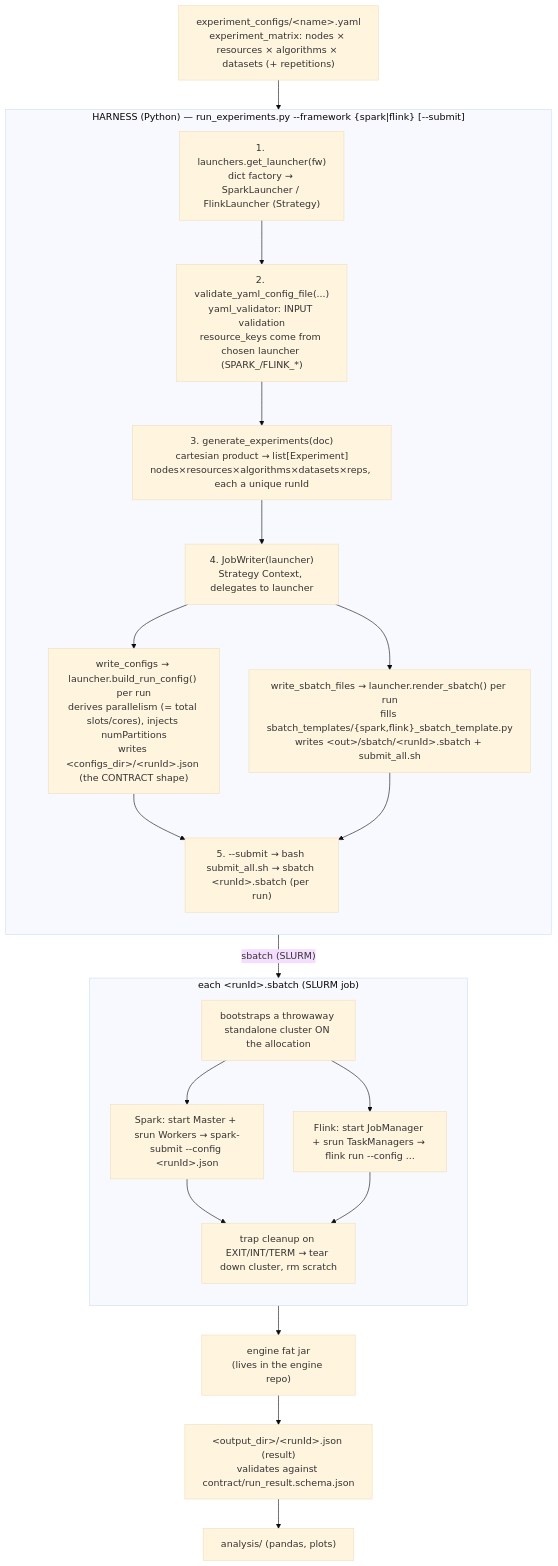
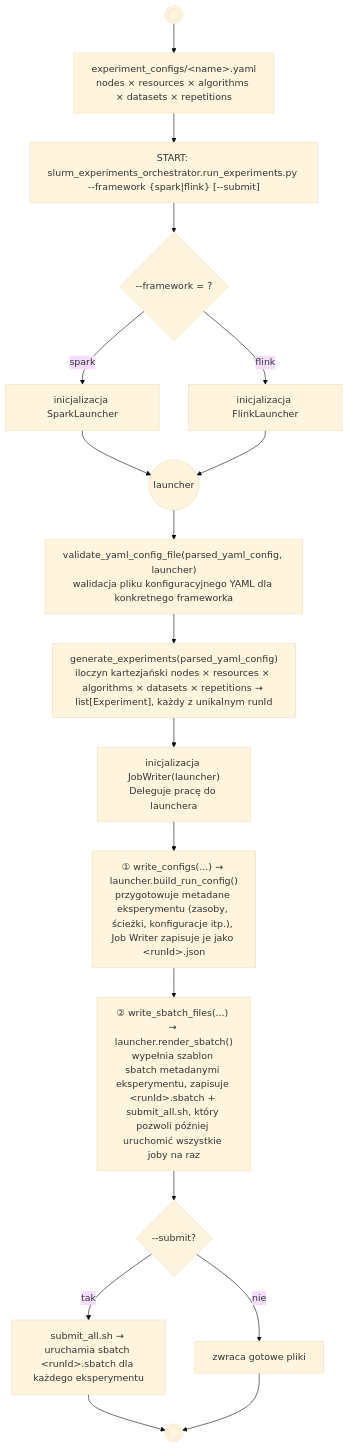
The first of 2 diagrams in README.md (natix-x/clustering-algorithms-benchmark), drawn with Mermaid (base theme) before and after one commit. The commit also changed other lines of this file and 6 other files, not shown here.

````diff
--- a/README.md
+++ b/README.md
@@ -17,47 +19,51 @@
 ```mermaid
+---
+config:
+  layout: dagre
+---
 flowchart TB
-    YAML["experiment_configs/&lt;name&gt;.yaml<br/>experiment_matrix: nodes × resources × algorithms × datasets (+ repetitions)"]
+    START_DOT((( ))) --> YAML
+    
+    YAML["experiment_configs/&lt;name&gt;.yaml<br>nodes × resources × algorithms × datasets × repetitions"]
+    START["START: slurm_experiments_orchestrator.run_experiments.py --framework {spark|flink} [--submit]"]
+    
+    InitSpark["inicjalizacja SparkLauncher"]
+    InitFlink["inicjalizacja FlinkLauncher"]
+    
+    V["validate_yaml_config_file(parsed_yaml_config, launcher)<br>walidacja pliku konfiguracyjnego YAML dla konkretnego frameworka"]
+    G["generate_experiments(parsed_yaml_config)<br>iloczyn kartezjański nodes × resources × algorithms × datasets × repetitions → list[Experiment], każdy z unikalnym runId"]
+    JW["inicjalizacja JobWriter(launcher)<br>Deleguje pracę do launchera"]
+    
+    WC["① write_configs(...) → launcher.build_run_config()<br>przygotowuje metadane eksperymentu (zasoby, ścieżki, konfiguracje itp.), Job Writer zapisuje je jako &lt;runId&gt;.json"]
+    WS["② write_sbatch_files(...) → launcher.render_sbatch()<br>wypełnia szablon sbatch metadanymi eksperymentu, zapisuje &lt;runId&gt;.sbatch + submit_all.sh, który pozwoli później uruchomić wszystkie joby na raz"]
+    
+    RUN["submit_all.sh → uruchamia sbatch &lt;runId&gt;.sbatch dla każdego eksperymentu"]
+    END_NODE["zwraca gotowe pliki"]
 
-    subgraph HARNESS["HARNESS (Python) — run_experiments.py --framework {spark|flink} [--submit]"]
-        direction TB
-        S1["1. launchers.get_launcher(fw)<br/>dict factory → SparkLauncher / FlinkLauncher (Strategy)"]
-        S2["2. validate_yaml_config_file(...)<br/>yaml_validator: INPUT validation<br/>resource_keys come from chosen launcher (SPARK_/FLINK_*)"]
-        S3["3. generate_experiments(doc)<br/>cartesian product → list[Experiment]<br/>nodes×resources×algorithms×datasets×reps, each a unique runId"]
-        S4["4. JobWriter(launcher)<br/>Strategy Context, delegates to launcher"]
-        S4a["write_configs → launcher.build_run_config() per run<br/>derives parallelism (= total slots/cores), injects numPartitions<br/>writes &lt;configs_dir&gt;/&lt;runId&gt;.json (the CONTRACT shape)"]
-        S4b["write_sbatch_files → launcher.render_sbatch() per run<br/>fills sbatch_templates/{spark,flink}_sbatch_template.py<br/>writes &lt;out&gt;/sbatch/&lt;runId&gt;.sbatch + submit_all.sh"]
-        S5["5. --submit → bash submit_all.sh → sbatch &lt;runId&gt;.sbatch (per run)"]
-
-        S1 --> S2 --> S3 --> S4
-        S4 --> S4a
-        S4 --> S4b
-        S4a --> S5
-        S4b --> S5
-    end
-
-    YAML --> HARNESS
-
-    subgraph SLURM["each &lt;runId&gt;.sbatch (SLURM job)"]
-        direction TB
-        SB1["bootstraps a throwaway standalone cluster ON the allocation"]
-        SB2["Spark: start Master + srun Workers → spark-submit --config &lt;runId&gt;.json"]
-        SB3["Flink: start JobManager + srun TaskManagers → flink run --config ..."]
-        SB4["trap cleanup on EXIT/INT/TERM → tear down cluster, rm scratch"]
-        SB1 --> SB2
-        SB1 --> SB3
-        SB2 --> SB4
-        SB3 --> SB4
-    end
-
-    HARNESS -- "sbatch (SLURM)" --> SLURM
-
-    JAR["engine fat jar<br/>(lives in the engine repo)"]
-    SLURM --> JAR
-
-    RESULT["&lt;output_dir&gt;/&lt;runId&gt;.json (result)<br/>validates against contract/run_result.schema.json"]
-    JAR --> RESULT
-
-    ANALYSIS["analysis/ (pandas, plots)"]
-    RESULT --> ANALYSIS
-
+    YAML --> START
+    
+    q1_choice{"--framework = ?"}
+    START --> q1_choice
+    q1_choice -- spark --> InitSpark
+    q1_choice -- flink --> InitFlink
+    
+    join_launchers(("launcher"))
+    InitSpark --> join_launchers
+    InitFlink --> join_launchers
+    
+    join_launchers --> V
+    
+    V --> G
+    G --> JW
+    JW --> WC
+    WC --> WS
+    
+    sub_choice{"--submit?"}
+    WS --> sub_choice
+    sub_choice -- tak --> RUN
+    sub_choice -- nie --> END_NODE
+    
+    END_DOT((( )))
+    RUN --> END_DOT
+    END_NODE --> END_DOT
 ```
````
